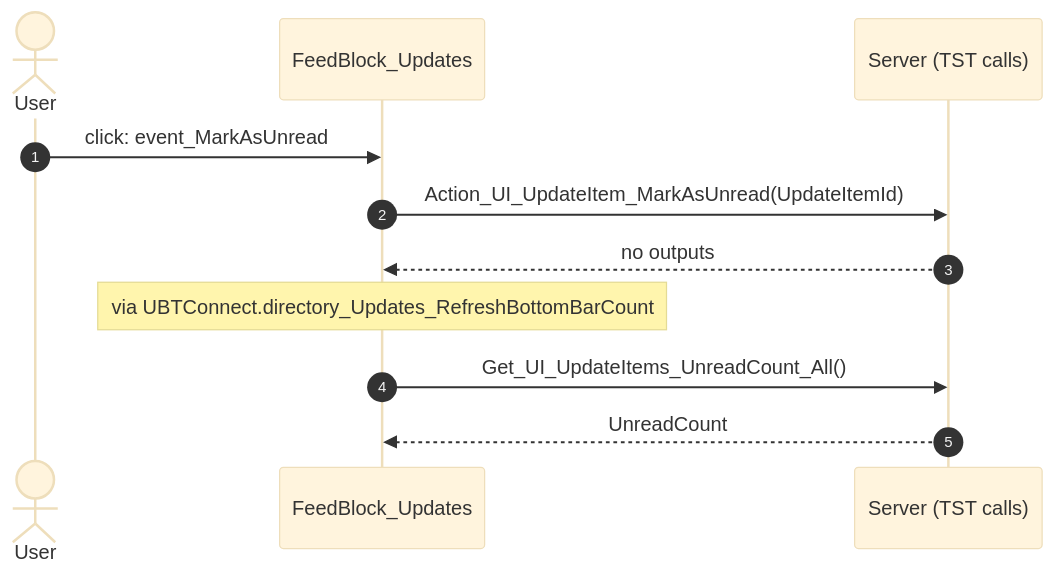
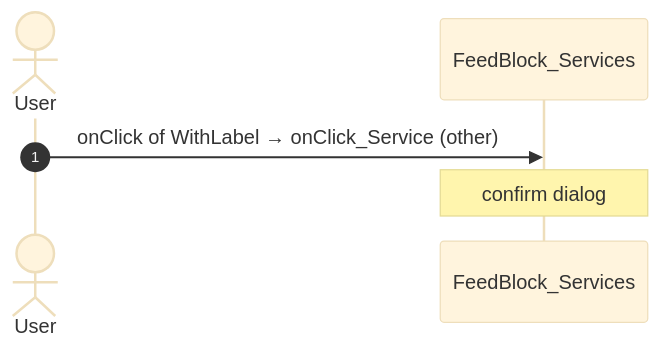
One commit to Phoenix-DX/connect-new-ui changed diagram 16 of 51 in migration/route-actions/HomeFeed.md. Above: the diagram before and after it, drawn with Mermaid (base theme). The commit also changed other lines of this file and 9 other files, not shown here.

Commit message:
route actions: facts only; user actions as two independent lists (OutSystems view bindings, React JSX bindings) with Mermaid sequences; factual call columns (direct caller, chains, React references); app shell by definition (survey shell, main.tsx code); constants read for React paths

````diff
--- a/migration/route-actions/HomeFeed.md
+++ b/migration/route-actions/HomeFeed.md
@@ -446,13 +368,8 @@
 ```mermaid
 sequenceDiagram
   autonumber
   actor U as User
-  participant B as FeedBlock_Updates
-  participant S as Server (TST calls)
-  U->>B: click: event_MarkAsUnread
-  B->>S: Action_UI_UpdateItem_MarkAsUnread(UpdateItemId)
-  S-->>B: no outputs
-  Note over B: via UBTConnect.directory_Updates_RefreshBottomBarCount
-  B->>S: Get_UI_UpdateItems_UnreadCount_All()
-  S-->>B: UnreadCount
+  participant B as FeedBlock_Services
+  U->>B: onClick of WithLabel → onClick_Service (other)
+  Note over B: confirm dialog
 ```
````
